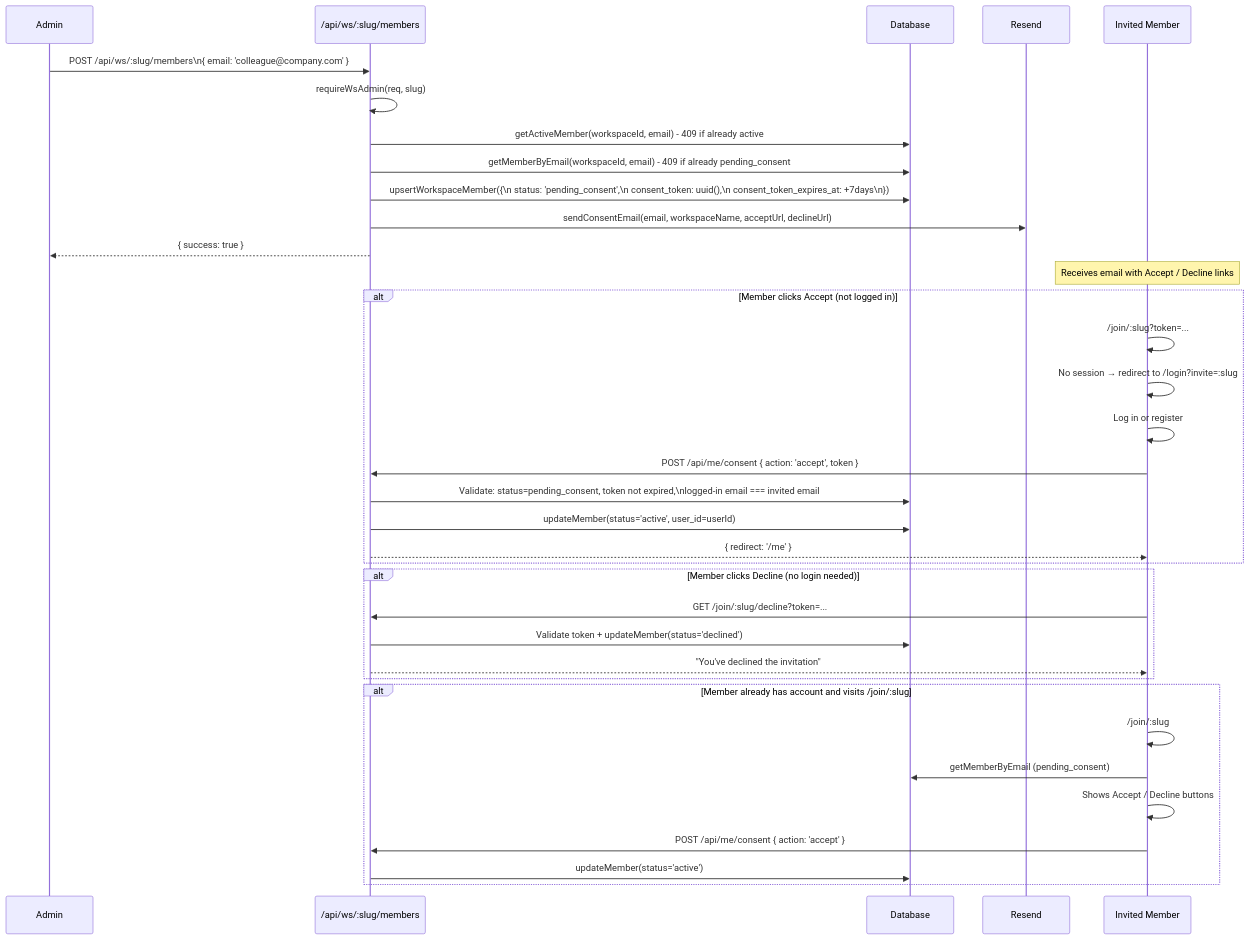
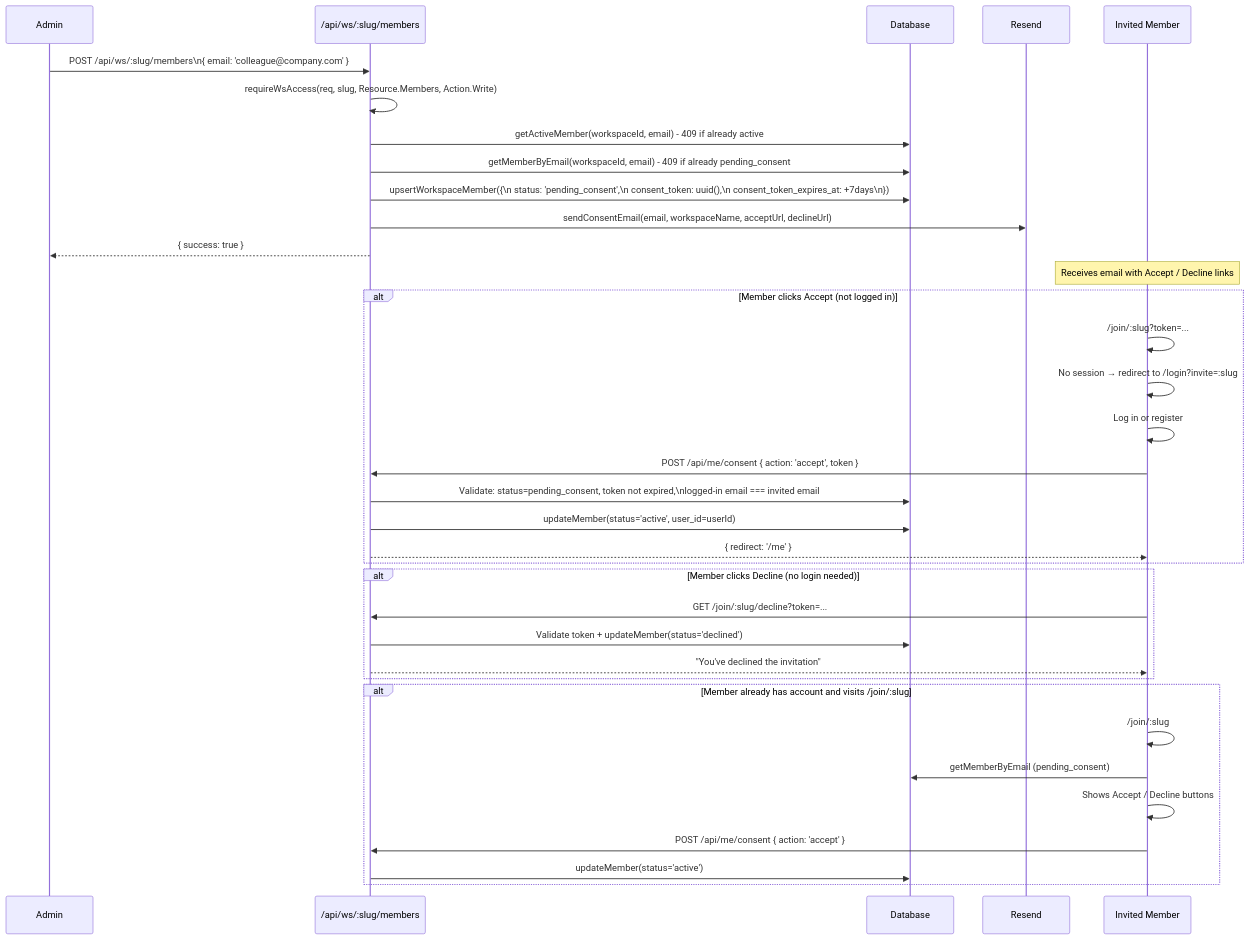
Before and after one commit to ksharmaGN/venzio: the second of 8 diagrams in docs/architecture/workspace-flow.md, drawn with Mermaid. The commit also changed other lines of this file and 296 other files, not shown here.

````diff
--- a/docs/architecture/workspace-flow.md
+++ b/docs/architecture/workspace-flow.md
@@ -33,42 +60,42 @@
 ```mermaid
 sequenceDiagram
   participant A as Admin
   participant API as /api/ws/:slug/members
   participant DB as Database
   participant Email as Resend
   participant M as Invited Member
 
   A->>API: POST /api/ws/:slug/members\n{ email: 'colleague@company.com' }
-  API->>API: requireWsAdmin(req, slug)
+  API->>API: requireWsAccess(req, slug, Resource.Members, Action.Write)
   API->>DB: getActiveMember(workspaceId, email) - 409 if already active
   API->>DB: getMemberByEmail(workspaceId, email) - 409 if already pending_consent
   API->>DB: upsertWorkspaceMember({\n  status: 'pending_consent',\n  consent_token: uuid(),\n  consent_token_expires_at: +7days\n})
   API->>Email: sendConsentEmail(email, workspaceName, acceptUrl, declineUrl)
   API-->>A: { success: true }
 
   Note over M: Receives email with Accept / Decline links
 
   alt Member clicks Accept (not logged in)
     M->>M: /join/:slug?token=...
     M->>M: No session → redirect to /login?invite=:slug
     M->>M: Log in or register
     M->>API: POST /api/me/consent { action: 'accept', token }
     API->>DB: Validate: status=pending_consent, token not expired,\nlogged-in email === invited email
     API->>DB: updateMember(status='active', user_id=userId)
     API-->>M: { redirect: '/me' }
   end
 
   alt Member clicks Decline (no login needed)
     M->>API: GET /join/:slug/decline?token=...
     API->>DB: Validate token + updateMember(status='declined')
     API-->>M: "You've declined the invitation"
   end
 
   alt Member already has account and visits /join/:slug
     M->>M: /join/:slug
     M->>DB: getMemberByEmail (pending_consent)
     M->>M: Shows Accept / Decline buttons
     M->>API: POST /api/me/consent { action: 'accept' }
     API->>DB: updateMember(status='active')
   end
 ```
````
